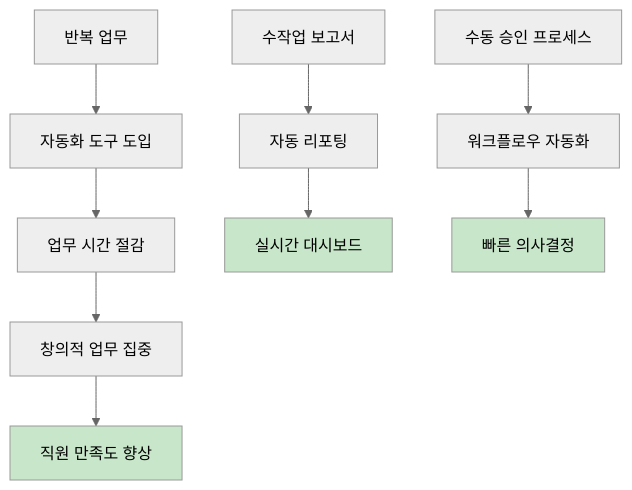
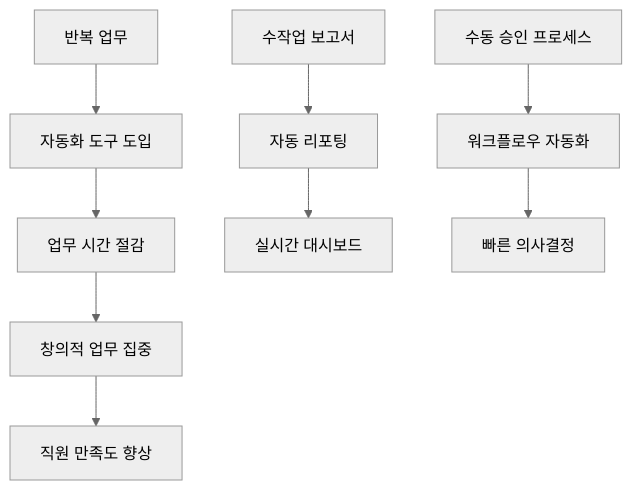
Before and after one commit to nugurejeil/weniVooks: the second of 23 diagrams in _md/genai-notion/chapter06/06-3.md, drawn with Mermaid (neutral theme). The commit also changed other lines of this file and 187 other files, not shown here.

````diff
--- a/_md/genai-notion/chapter06/06-3.md
+++ b/_md/genai-notion/chapter06/06-3.md
@@ -41,17 +42,13 @@
 ```mermaid
 graph TD
     A[반복 업무] --> B[자동화 도구 도입]
     B --> C[업무 시간 절감]
     C --> D[창의적 업무 집중]
     D --> E[직원 만족도 향상]
 
     F[수작업 보고서] --> G[자동 리포팅]
     G --> H[실시간 대시보드]
 
     I[수동 승인 프로세스] --> J[워크플로우 자동화]
     J --> K[빠른 의사결정]
-
-    style E fill:#C8E6C9
-    style H fill:#C8E6C9
-    style K fill:#C8E6C9
 ```
````
